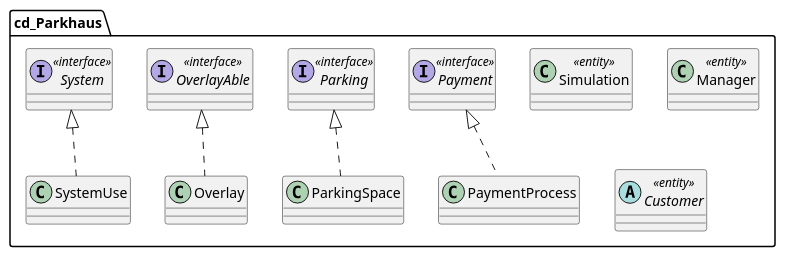
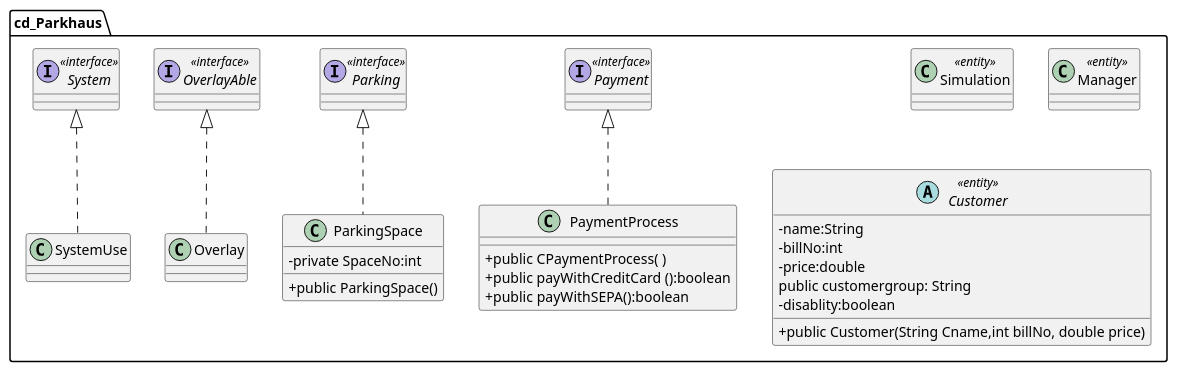
Before and after one commit to 1nbetw33n/Parkhaus_new: the diagram in src/main/exercise4/cd_Parkhaus.puml, drawn with PlantUML.

Commit message:
cd_Parkhaus some attributes and methods added

```diff
--- a/src/main/exercise4/cd_Parkhaus.puml
+++ b/src/main/exercise4/cd_Parkhaus.puml
@@ -1,78 +1,92 @@
 @startuml
 skinparam classAttributeIconSize 0
 
 package cd_Parkhaus {
 
     interface Payment {
 
     }
 
 
     interface Parking {
 
     }
 
 
     interface OverlayAble {
 
     }
 
 
     interface System {
 
     }
 
 
     class PaymentProcess {
-
+        + public CPaymentProcess( )
+          + public payWithCreditCard ():boolean
+          + public payWithSEPA():boolean
     }
 
 
     class ParkingSpace  {
+
+     -private SpaceNo:int
+     +public ParkingSpace()
 
     }
 
 
     class Overlay {
 
     }
 
 
     class SystemUse {
 
     }
 
 
     class Simulation {
 
     }
 
 
     class Manager {
 
     }
 
 
     abstract class Customer {
 
+         -name:String
+               -billNo:int
+               -price:double
+               public customergroup: String
+               -disablity:boolean
+
+
+          +public Customer(String Cname,int billNo, double price)
+
     }
 
 
     Payment <<interface>>
     Parking <<interface>>
     OverlayAble <<interface>>
     System <<interface>>
     Payment <|.. PaymentProcess
     Parking <|.. ParkingSpace
     OverlayAble <|.. Overlay
     System <|.. SystemUse
     Simulation <<entity>>
     Manager <<entity>>
     Customer <<entity>>
 
 
 
 }
 
 
  @enduml
```
